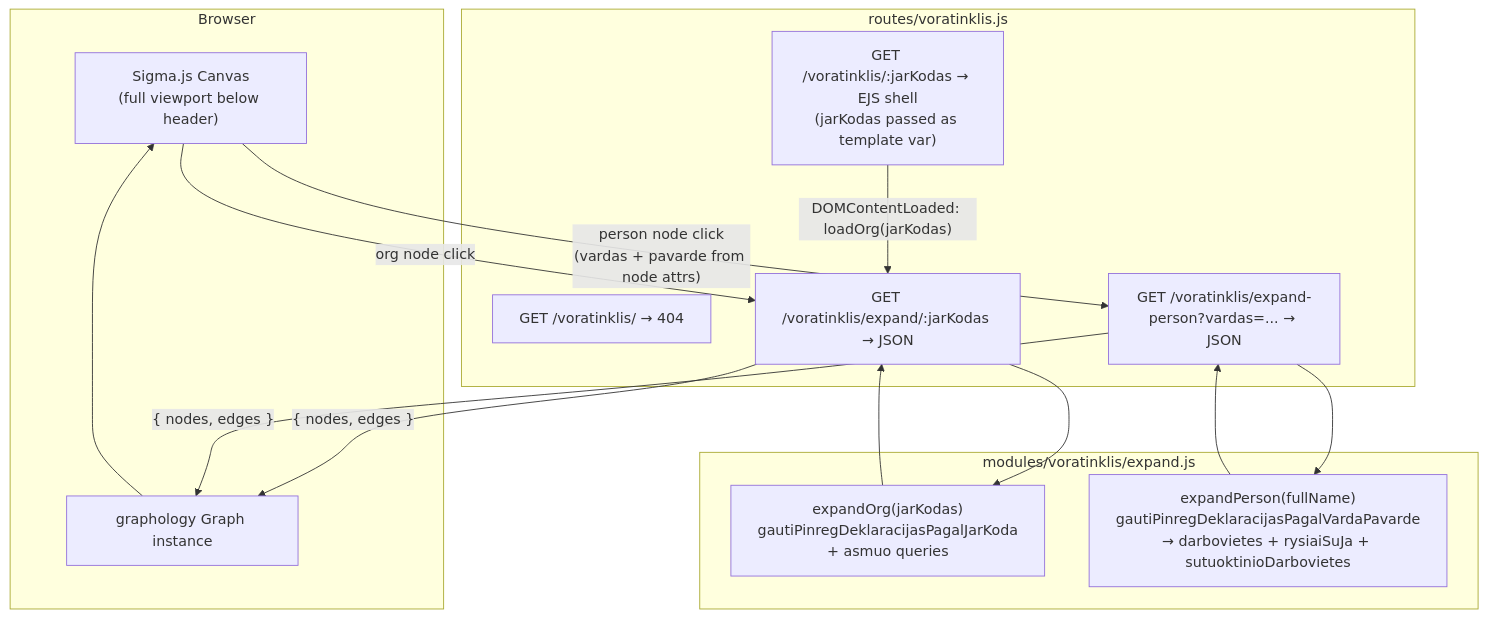
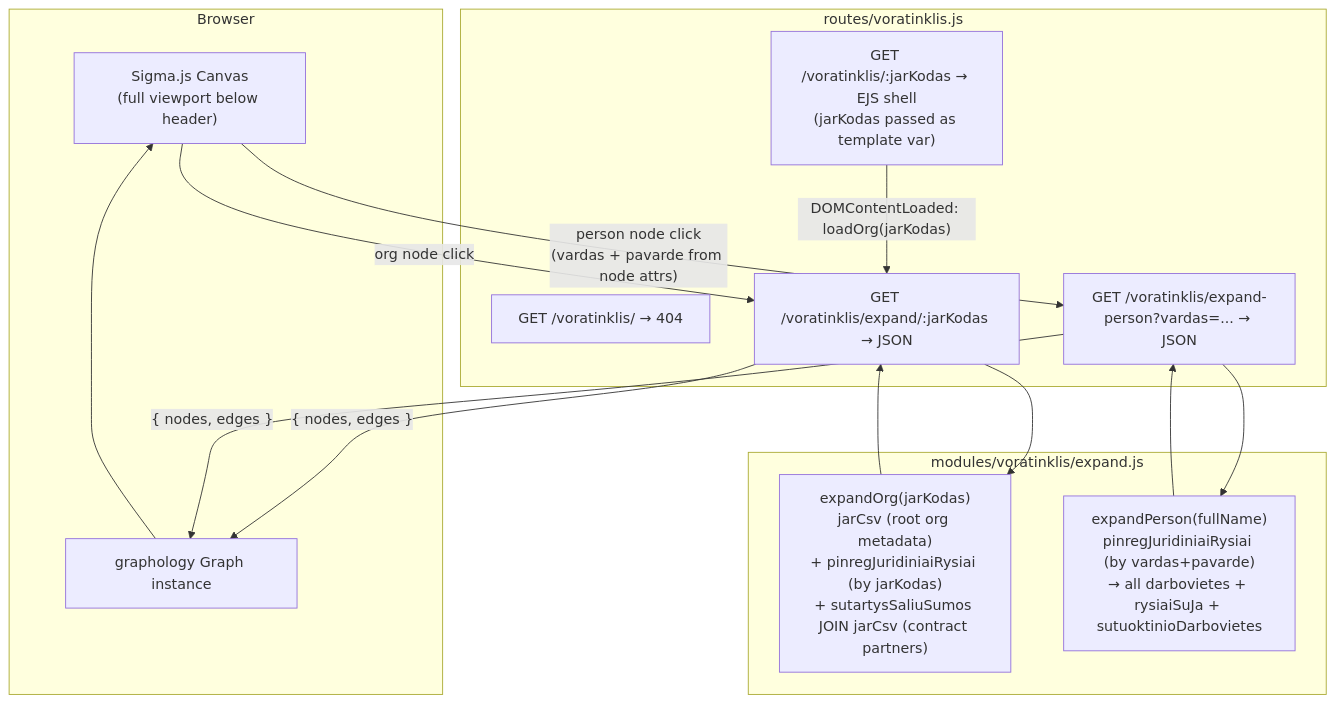
One commit to Viespirkiu-grupe/viespirkiai changed the second of 4 diagrams in docs/VORATINKLIS.md. Above: the diagram before and after it, drawn with Mermaid. The commit also changed other lines of this file, not shown here.

Commit message:
Update VORATINKLIS.md to clarify graph data sources and node expansion logic; enhance descriptions for entity types and their relationships; improve readability of module responsibilities and updated signatures.

````diff
--- a/docs/VORATINKLIS.md
+++ b/docs/VORATINKLIS.md
@@ -221,28 +235,28 @@
 ```mermaid
 graph TD
     subgraph Browser
         SigmaCanvas["Sigma.js Canvas\n(full viewport below header)"]
         GraphStore["graphology Graph instance"]
     end
 
     subgraph "routes/voratinklis.js"
         PageRoute["GET /voratinklis/:jarKodas → EJS shell\n(jarKodas passed as template var)"]
         NotFoundRoute["GET /voratinklis/ → 404"]
         ExpandOrgAPI["GET /voratinklis/expand/:jarKodas → JSON"]
         ExpandPersonAPI["GET /voratinklis/expand-person?vardas=... → JSON"]
     end
 
     subgraph "modules/voratinklis/expand.js"
-        ExpandOrg["expandOrg(jarKodas)\ngautiPinregDeklaracijasPagalJarKoda\n+ asmuo queries"]
-        ExpandPerson["expandPerson(fullName)\ngautiPinregDeklaracijasPagalVardaPavarde\n→ darbovietes + rysiaiSuJa + sutuoktinioDarbovietes"]
+        ExpandOrg["expandOrg(jarKodas)\njarCsv (root org metadata)\n+ pinregJuridiniaiRysiai (by jarKodas)\n+ sutartysSaliuSumos JOIN jarCsv (contract partners)"]
+        ExpandPerson["expandPerson(fullName)\npinregJuridiniaiRysiai (by vardas+pavarde)\n→ all darbovietes + rysiaiSuJa + sutuoktinioDarbovietes"]
     end
 
     PageRoute -->|" DOMContentLoaded: loadOrg(jarKodas) "| ExpandOrgAPI
     SigmaCanvas -->|" org node click "| ExpandOrgAPI
     SigmaCanvas -->|" person node click\n(vardas + pavarde from node attrs) "| ExpandPersonAPI
     ExpandOrgAPI --> ExpandOrg --> ExpandOrgAPI
     ExpandPersonAPI --> ExpandPerson --> ExpandPersonAPI
     ExpandOrgAPI -->|" { nodes, edges } "| GraphStore
     ExpandPersonAPI -->|" { nodes, edges } "| GraphStore
     GraphStore --> SigmaCanvas
 ```
````
